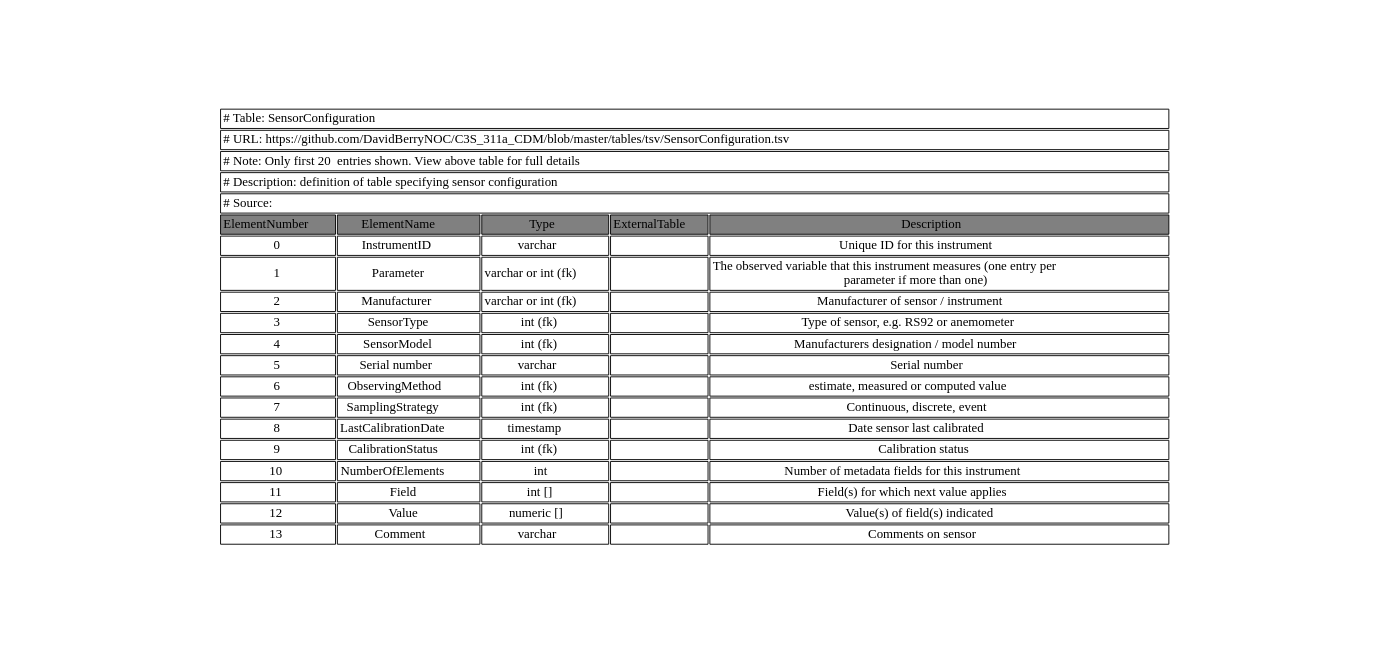
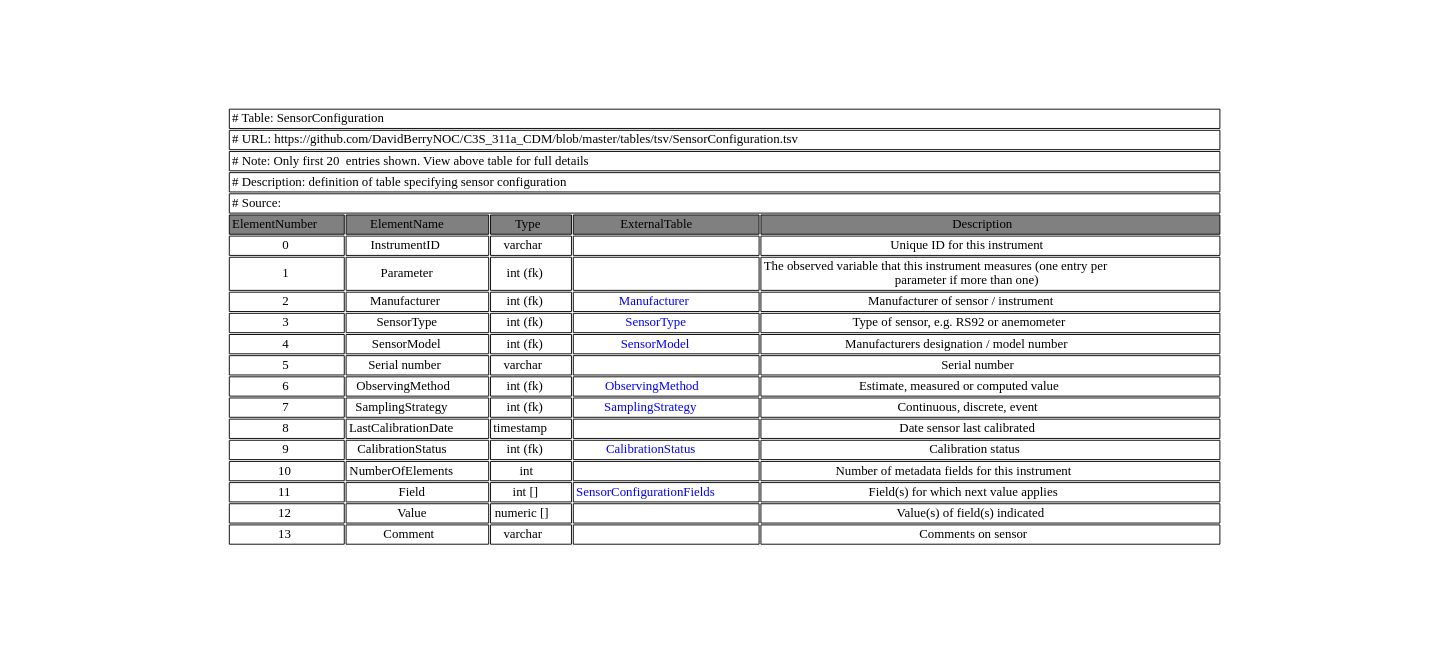
Before and after one commit to glamod/common_data_model: the diagram in tables/gv/SensorConfiguration.gv, drawn with Graphviz. The commit also changed 73 other files, not shown here.

Commit message:
CDM diagram implified to exclude decode tables

```diff
--- a/tables/gv/SensorConfiguration.gv
+++ b/tables/gv/SensorConfiguration.gv
@@ -1,25 +1,25 @@
 digraph SensorConfiguration {
 node [color=white]
 SensorConfiguration [label=<<TABLE BORDER="0" CELLBORDER="1" CELLSPACING="2" COLOR="BLACK">
 <TR><TD COLSPAN="5" ALIGN="left" PORT="head"># Table: SensorConfiguration</TD></TR>
 <TR><TD COLSPAN="5" ALIGN="left"># URL: https://github.com/DavidBerryNOC/C3S_311a_CDM/blob/master/tables/tsv/SensorConfiguration.tsv</TD></TR>
 <TR><TD COLSPAN="5" ALIGN="left"># Note: Only first 20  entries shown. View above table for full details</TD></TR>
 <TR><TD ALIGN="left" COLSPAN="5"># Description: definition of table specifying sensor configuration</TD></TR>
 <TR><TD ALIGN="left" COLSPAN="5"># Source:</TD></TR>
 <TR><TD BGCOLOR="GRAY">ElementNumber</TD><TD BGCOLOR="GRAY">ElementName</TD><TD BGCOLOR="GRAY">Type</TD><TD BGCOLOR="GRAY">ExternalTable</TD><TD BGCOLOR="GRAY">Description</TD></TR>
 <TR><TD PORT="InstrumentIDL">0</TD><TD>InstrumentID </TD><TD>varchar </TD><TD></TD><TD PORT="InstrumentIDR">Unique ID for this instrument </TD></TR>
-<TR><TD PORT="ParameterL">1</TD><TD>Parameter </TD><TD>varchar or int (fk) </TD><TD></TD><TD PORT="ParameterR">The observed variable that this instrument measures (one entry per <BR/>parameter if more than one) </TD></TR>
-<TR><TD PORT="ManufacturerL">2</TD><TD>Manufacturer </TD><TD>varchar or int (fk) </TD><TD></TD><TD PORT="ManufacturerR">Manufacturer of sensor / instrument </TD></TR>
-<TR><TD PORT="SensorTypeL">3</TD><TD>SensorType </TD><TD>int (fk) </TD><TD></TD><TD PORT="SensorTypeR">Type of sensor, e.g. RS92 or anemometer </TD></TR>
-<TR><TD PORT="SensorModelL">4</TD><TD>SensorModel </TD><TD>int (fk) </TD><TD></TD><TD PORT="SensorModelR">Manufacturers designation / model number </TD></TR>
+<TR><TD PORT="ParameterL">1</TD><TD>Parameter </TD><TD>int (fk) </TD><TD></TD><TD PORT="ParameterR">The observed variable that this instrument measures (one entry per <BR/>parameter if more than one) </TD></TR>
+<TR><TD PORT="ManufacturerL">2</TD><TD>Manufacturer </TD><TD>int (fk) </TD><TD HREF="https://github.com/DavidBerryNOC/C3S_311a_CDM/blob/master/tables/tsv/Manufacturer.tsv"><FONT color="blue">Manufacturer </FONT></TD><TD PORT="ManufacturerR">Manufacturer of sensor / instrument </TD></TR>
+<TR><TD PORT="SensorTypeL">3</TD><TD>SensorType </TD><TD>int (fk) </TD><TD HREF="https://github.com/DavidBerryNOC/C3S_311a_CDM/blob/master/tables/tsv/SensorType.tsv"><FONT color="blue">SensorType </FONT></TD><TD PORT="SensorTypeR">Type of sensor, e.g. RS92 or anemometer </TD></TR>
+<TR><TD PORT="SensorModelL">4</TD><TD>SensorModel </TD><TD>int (fk) </TD><TD HREF="https://github.com/DavidBerryNOC/C3S_311a_CDM/blob/master/tables/tsv/SensorModel.tsv"><FONT color="blue">SensorModel </FONT></TD><TD PORT="SensorModelR">Manufacturers designation / model number </TD></TR>
 <TR><TD PORT="Serial numberL">5</TD><TD>Serial number </TD><TD>varchar </TD><TD></TD><TD PORT="Serial numberR">Serial number </TD></TR>
-<TR><TD PORT="ObservingMethodL">6</TD><TD>ObservingMethod </TD><TD>int (fk) </TD><TD></TD><TD PORT="ObservingMethodR">estimate, measured or computed value </TD></TR>
-<TR><TD PORT="SamplingStrategyL">7</TD><TD>SamplingStrategy </TD><TD>int (fk) </TD><TD></TD><TD PORT="SamplingStrategyR">Continuous, discrete, event </TD></TR>
+<TR><TD PORT="ObservingMethodL">6</TD><TD>ObservingMethod </TD><TD>int (fk) </TD><TD HREF="https://github.com/DavidBerryNOC/C3S_311a_CDM/blob/master/tables/tsv/ObservingMethod.tsv"><FONT color="blue">ObservingMethod </FONT></TD><TD PORT="ObservingMethodR">Estimate, measured or computed value </TD></TR>
+<TR><TD PORT="SamplingStrategyL">7</TD><TD>SamplingStrategy </TD><TD>int (fk) </TD><TD HREF="https://github.com/DavidBerryNOC/C3S_311a_CDM/blob/master/tables/tsv/SamplingStrategy.tsv"><FONT color="blue">SamplingStrategy </FONT></TD><TD PORT="SamplingStrategyR">Continuous, discrete, event </TD></TR>
 <TR><TD PORT="LastCalibrationDateL">8</TD><TD>LastCalibrationDate </TD><TD>timestamp </TD><TD></TD><TD PORT="LastCalibrationDateR">Date sensor last calibrated </TD></TR>
-<TR><TD PORT="CalibrationStatusL">9</TD><TD>CalibrationStatus </TD><TD>int (fk) </TD><TD></TD><TD PORT="CalibrationStatusR">Calibration status </TD></TR>
+<TR><TD PORT="CalibrationStatusL">9</TD><TD>CalibrationStatus </TD><TD>int (fk) </TD><TD HREF="https://github.com/DavidBerryNOC/C3S_311a_CDM/blob/master/tables/tsv/CalibrationStatus.tsv"><FONT color="blue">CalibrationStatus </FONT></TD><TD PORT="CalibrationStatusR">Calibration status </TD></TR>
 <TR><TD PORT="NumberOfElementsL">10</TD><TD>NumberOfElements </TD><TD>int </TD><TD></TD><TD PORT="NumberOfElementsR">Number of metadata fields for this instrument </TD></TR>
-<TR><TD PORT="FieldL">11</TD><TD>Field </TD><TD>int [] </TD><TD></TD><TD PORT="FieldR">Field(s) for which next value applies </TD></TR>
+<TR><TD PORT="FieldL">11</TD><TD>Field </TD><TD>int [] </TD><TD HREF="https://github.com/DavidBerryNOC/C3S_311a_CDM/blob/master/tables/tsv/SensorConfigurationFields.tsv"><FONT color="blue">SensorConfigurationFields </FONT></TD><TD PORT="FieldR">Field(s) for which next value applies </TD></TR>
 <TR><TD PORT="ValueL">12</TD><TD>Value </TD><TD>numeric [] </TD><TD></TD><TD PORT="ValueR">Value(s) of field(s) indicated </TD></TR>
 <TR><TD PORT="CommentL">13</TD><TD>Comment </TD><TD>varchar </TD><TD></TD><TD PORT="CommentR">Comments on sensor </TD></TR>
 </TABLE>>];
 }
```
